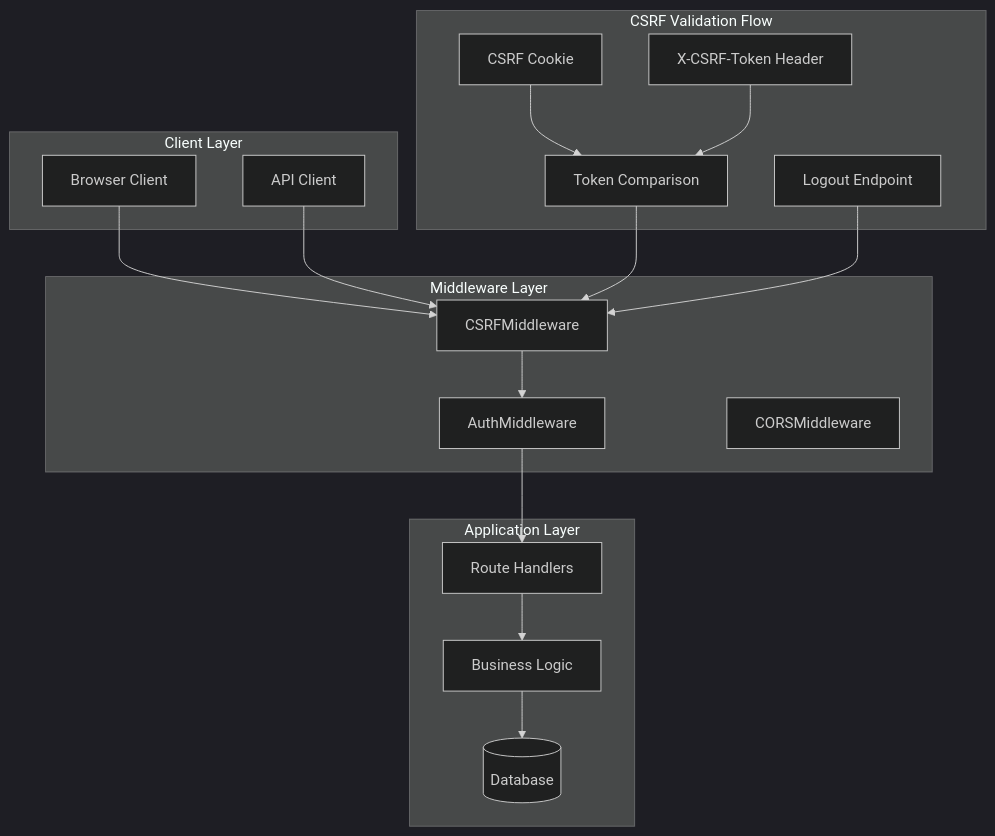
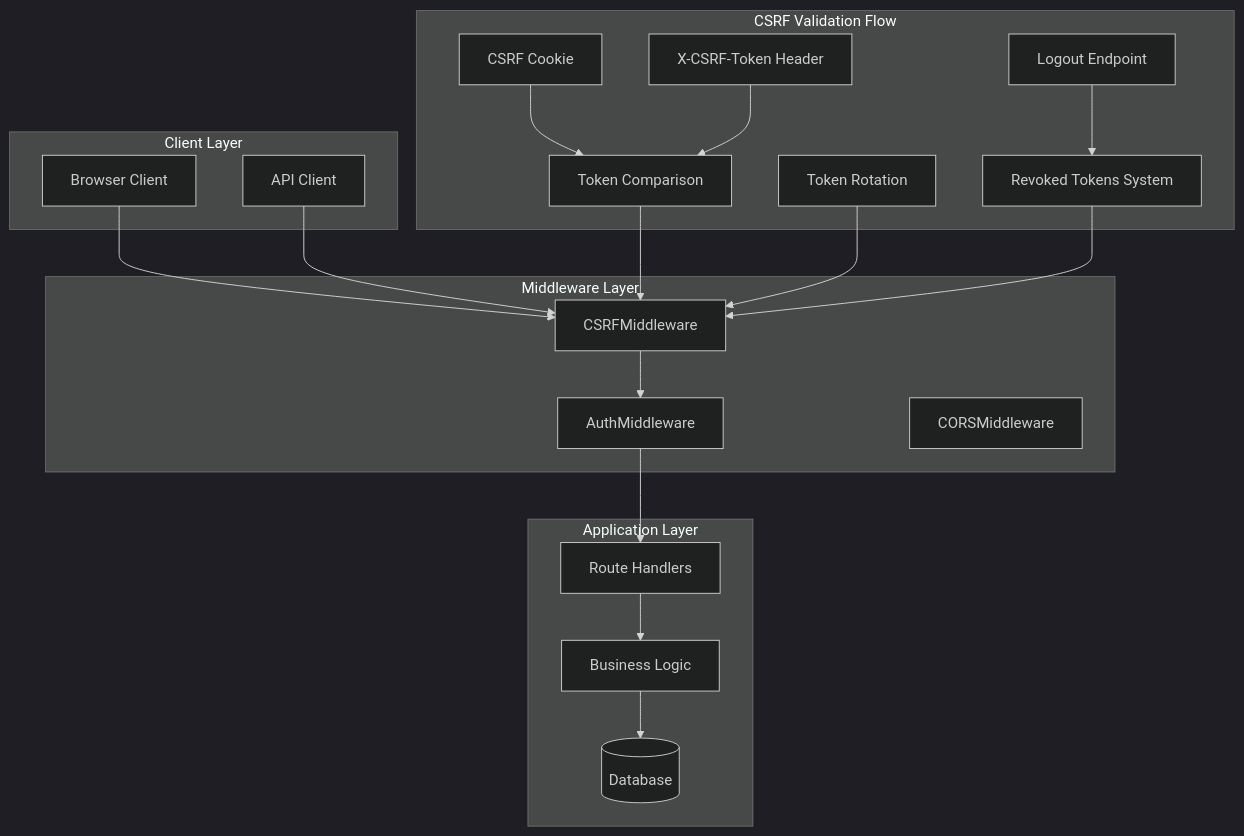
Before and after one commit to Revanththetalogics/aireume: the first of 7 diagrams in .qoder/repowiki/en/content/Advanced Topics/Security Hardening/CSRF Protection Middleware.md, drawn with Mermaid (dark theme). The commit also changed other lines of this file and 33 other files, not shown here.

````diff
--- a/.qoder/repowiki/en/content/Advanced Topics/Security Hardening/CSRF Protection Middleware.md
+++ b/.qoder/repowiki/en/content/Advanced Topics/Security Hardening/CSRF Protection Middleware.md
@@ -44,33 +48,37 @@
 ```mermaid
 graph TB
 subgraph "Client Layer"
 Browser[Browser Client]
 API[API Client]
 end
 subgraph "Middleware Layer"
 CSRF[CSRFMiddleware]
 Auth[AuthMiddleware]
 CORS[CORSMiddleware]
 end
 subgraph "Application Layer"
 Routes[Route Handlers]
 Services[Business Logic]
 Database[(Database)]
 end
 Browser --> CSRF
 API --> CSRF
 CSRF --> Auth
 Auth --> Routes
 Routes --> Services
 Services --> Database
 subgraph "CSRF Validation Flow"
 Cookie[CSRF Cookie]
 Header[X-CSRF-Token Header]
 Validation[Token Comparison]
+Rotation[Token Rotation]
 Logout[Logout Endpoint]
+Revoked[Revoked Tokens System]
 end
 Cookie --> Validation
 Header --> Validation
 Validation --> CSRF
-Logout --> CSRF
+Rotation --> CSRF
+Logout --> Revoked
+Revoked --> CSRF
 ```
````
